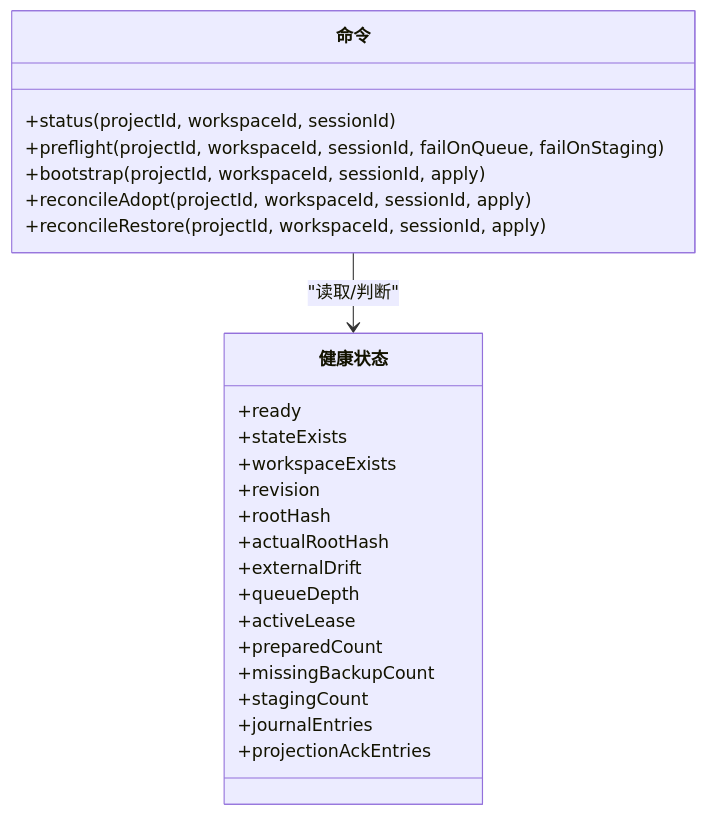
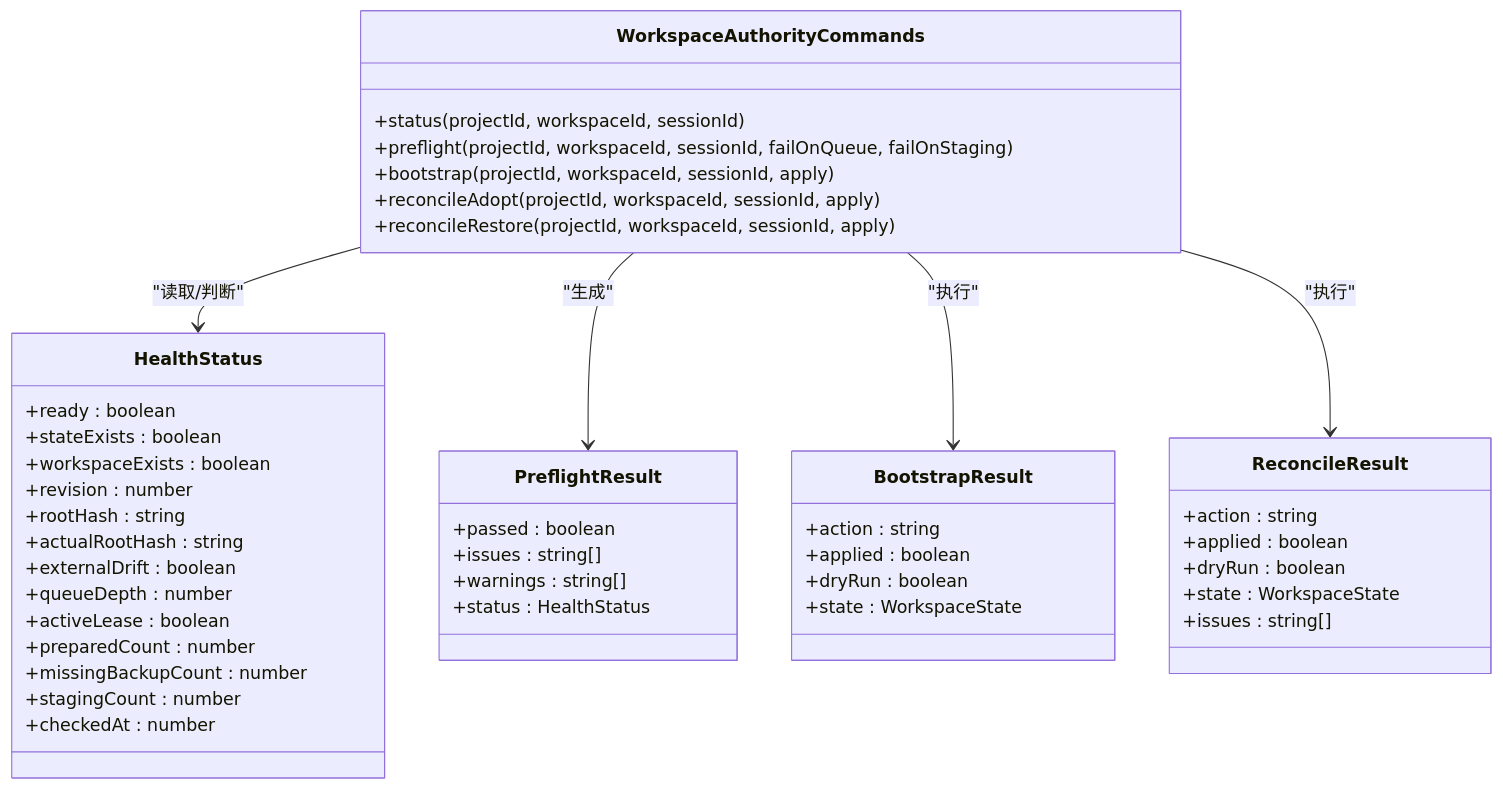
One commit to qihaogithub/workbench changed the fifth of 6 diagrams in .qoder/repowiki/zh/content/开发工具链/CLI 工具/CLI 工具概览.md. Above: the diagram before and after it, drawn with Mermaid. The commit also changed other lines of this file and 448 other files, not shown here.

````diff
--- a/.qoder/repowiki/zh/content/开发工具链/CLI 工具/CLI 工具概览.md
+++ b/.qoder/repowiki/zh/content/开发工具链/CLI 工具/CLI 工具概览.md
@@ -206,27 +244,48 @@
 ```mermaid
 classDiagram
-class 命令 {
+class WorkspaceAuthorityCommands {
 +status(projectId, workspaceId, sessionId)
 +preflight(projectId, workspaceId, sessionId, failOnQueue, failOnStaging)
 +bootstrap(projectId, workspaceId, sessionId, apply)
 +reconcileAdopt(projectId, workspaceId, sessionId, apply)
 +reconcileRestore(projectId, workspaceId, sessionId, apply)
 }
-class 健康状态 {
-+ready
-+stateExists
-+workspaceExists
-+revision
-+rootHash
-+actualRootHash
-+externalDrift
-+queueDepth
-+activeLease
-+preparedCount
-+missingBackupCount
-+stagingCount
-+journalEntries
-+projectionAckEntries
+class HealthStatus {
++ready : boolean
++stateExists : boolean
++workspaceExists : boolean
++revision : number
++rootHash : string
++actualRootHash : string
++externalDrift : boolean
++queueDepth : number
++activeLease : boolean
++preparedCount : number
++missingBackupCount : number
++stagingCount : number
++checkedAt : number
 }
-命令 --> 健康状态 : "读取/判断"
+class PreflightResult {
++passed : boolean
++issues : string[]
++warnings : string[]
++status : HealthStatus
+}
+class BootstrapResult {
++action : string
++applied : boolean
++dryRun : boolean
++state : WorkspaceState
+}
+class ReconcileResult {
++action : string
++applied : boolean
++dryRun : boolean
++state : WorkspaceState
++issues : string[]
+}
+WorkspaceAuthorityCommands --> HealthStatus : "读取/判断"
+WorkspaceAuthorityCommands --> PreflightResult : "生成"
+WorkspaceAuthorityCommands --> BootstrapResult : "执行"
+WorkspaceAuthorityCommands --> ReconcileResult : "执行"
 ```
````
